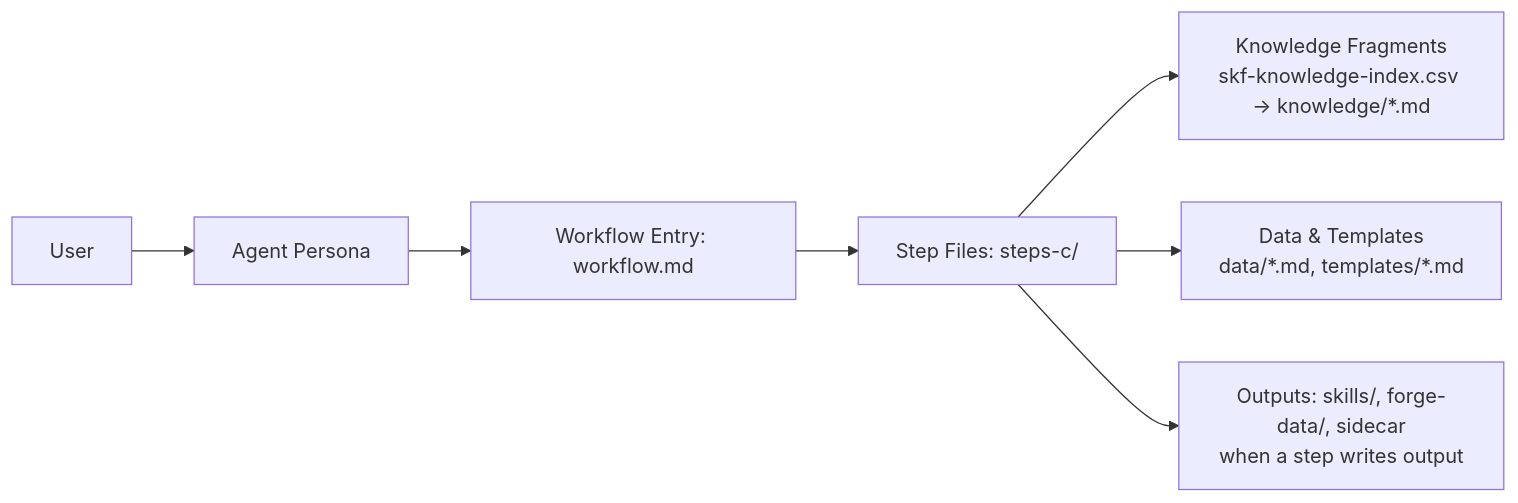
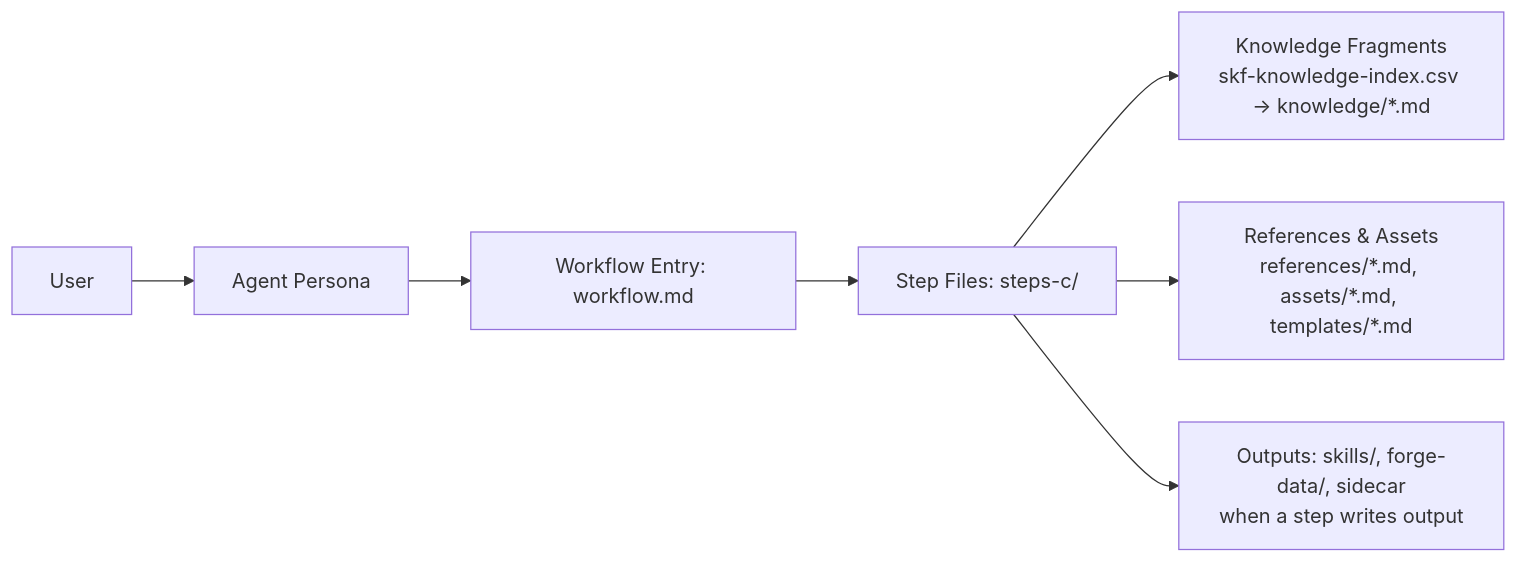
Before and after one commit to armelhbobdad/bmad-module-skill-forge: the diagram in docs/how-it-works.md, drawn with Mermaid. The commit also changed other lines of this file and 16 other files, not shown here.

````diff
--- a/docs/how-it-works.md
+++ b/docs/how-it-works.md
@@ -45,9 +46,9 @@
 ```mermaid
 flowchart LR
   U[User] --> A[Agent Persona]
   A --> W[Workflow Entry: workflow.md]
   W --> S[Step Files: steps-c/]
   S --> K[Knowledge Fragments<br/>skf-knowledge-index.csv → knowledge/*.md]
-  S --> D[Data & Templates<br/>data/*.md, templates/*.md]
+  S --> D[References & Assets<br/>references/*.md, assets/*.md, templates/*.md]
   S --> O[Outputs: skills/, forge-data/, sidecar<br/>when a step writes output]
 ```
````
